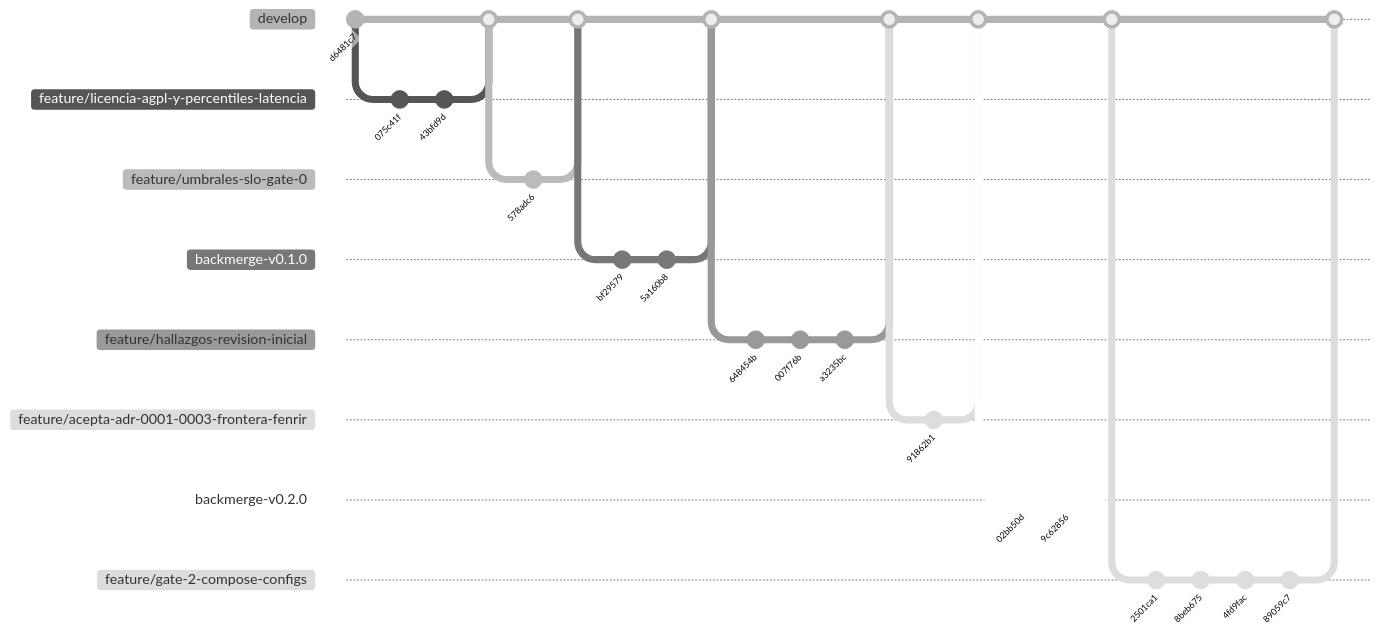
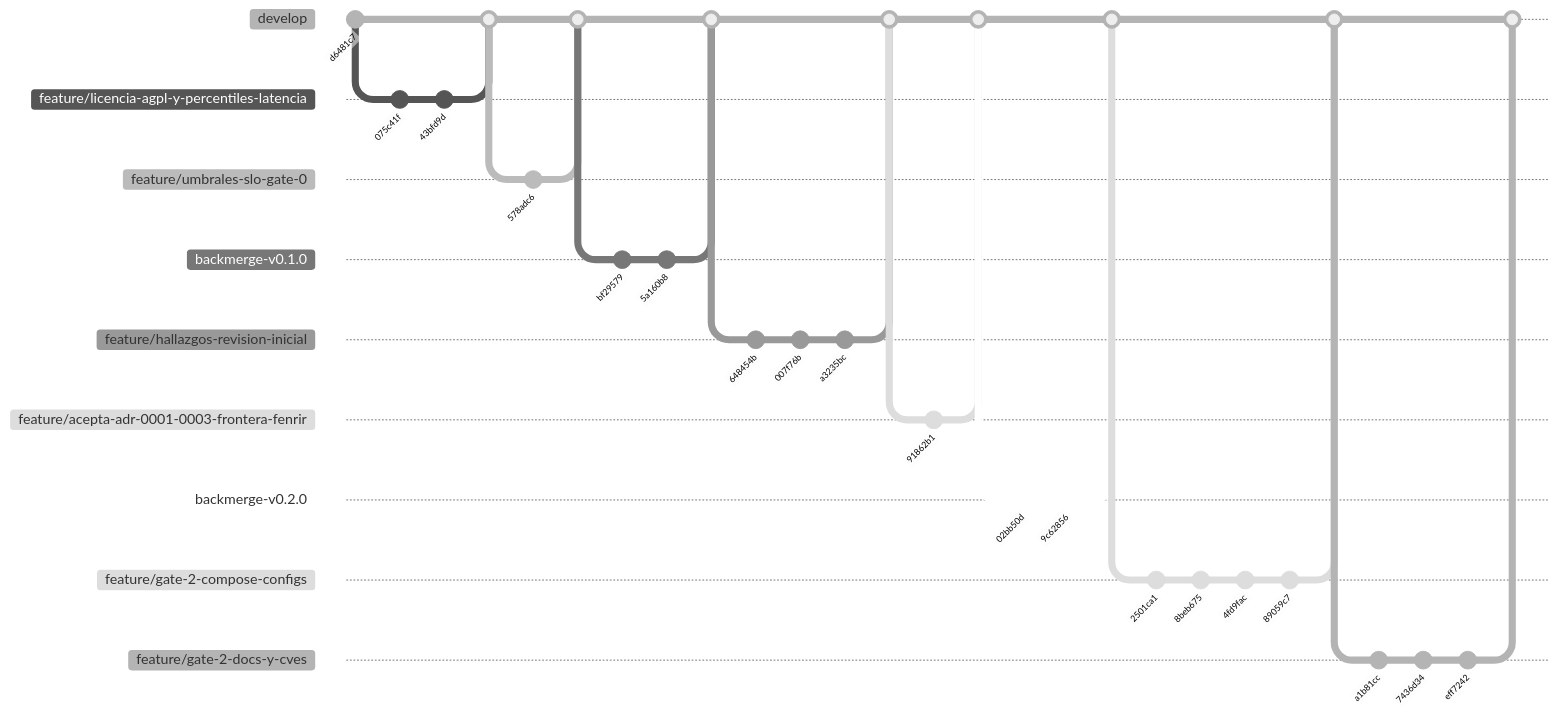
The second of 2 diagrams in docs/03-implementation/repo-history.md (higerotech/yggdrasil), drawn with Mermaid (neutral theme) before and after one commit. The commit also changed other lines of this file and 5 other files, not shown here.

````diff
--- a/docs/03-implementation/repo-history.md
+++ b/docs/03-implementation/repo-history.md
@@ -49,48 +49,55 @@
 ```mermaid
 %%{init: { 'gitGraph': { 'mainBranchName': 'develop' } } }%%
 gitGraph
     commit id: "d6481c7"
     branch feature/licencia-agpl-y-percentiles-latencia
     checkout feature/licencia-agpl-y-percentiles-latencia
     commit id: "075c41f"
     commit id: "43bfd9d"
     checkout develop
     merge feature/licencia-agpl-y-percentiles-latencia
     branch feature/umbrales-slo-gate-0
     checkout feature/umbrales-slo-gate-0
     commit id: "578adc6"
     checkout develop
     merge feature/umbrales-slo-gate-0
     branch backmerge-v0.1.0
     checkout backmerge-v0.1.0
     commit id: "bf29579"
     commit id: "5a160b8"
     checkout develop
     merge backmerge-v0.1.0
     branch feature/hallazgos-revision-inicial
     checkout feature/hallazgos-revision-inicial
     commit id: "648454b"
     commit id: "007f76b"
     commit id: "a3235bc"
     checkout develop
     merge feature/hallazgos-revision-inicial
     branch feature/acepta-adr-0001-0003-frontera-fenrir
     checkout feature/acepta-adr-0001-0003-frontera-fenrir
     commit id: "91862b1"
     checkout develop
     merge feature/acepta-adr-0001-0003-frontera-fenrir
     branch backmerge-v0.2.0
     checkout backmerge-v0.2.0
     commit id: "02bb50d"
     commit id: "9c62856"
     checkout develop
     merge backmerge-v0.2.0
     branch feature/gate-2-compose-configs
     checkout feature/gate-2-compose-configs
     commit id: "2501ca1"
     commit id: "8beb675"
     commit id: "4fd9fac"
     commit id: "89059c7"
     checkout develop
     merge feature/gate-2-compose-configs
+    branch feature/gate-2-docs-y-cves
+    checkout feature/gate-2-docs-y-cves
+    commit id: "a1b81cc"
+    commit id: "7436d34"
+    commit id: "eff7242"
+    checkout develop
+    merge feature/gate-2-docs-y-cves
 ```
````
